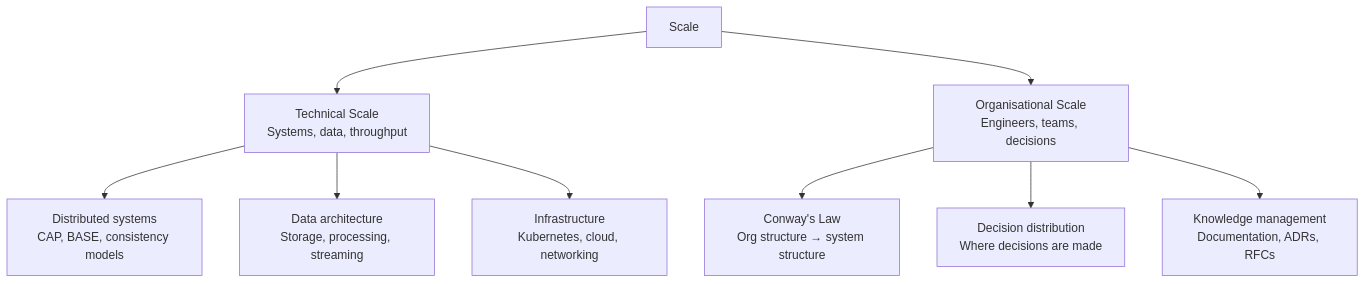
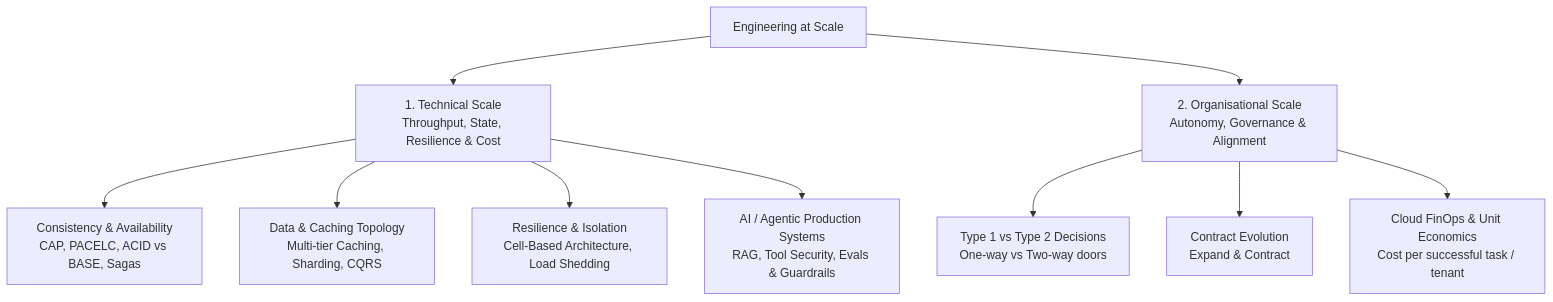
Before and after one commit to nitinkc/PrincipalEngineer_InterviewGuide: the first of 4 diagrams in docs/06-engineering-at-scale.md, drawn with Mermaid. The commit also changed other lines of this file and 27 other files, not shown here.

````diff
--- a/docs/06-engineering-at-scale.md
+++ b/docs/06-engineering-at-scale.md
@@ -12,13 +27,14 @@
 ```mermaid
 graph TD
-    Scale --> TS[Technical Scale\nSystems, data, throughput]
-    Scale --> OS[Organisational Scale\nEngineers, teams, decisions]
+    Scale["Engineering at Scale"] --> TS["1. Technical Scale<br/>Throughput, State, Resilience & Cost"]
+    Scale --> OS["2. Organisational Scale<br/>Autonomy, Governance & Alignment"]
 
-    TS --> TS1[Distributed systems\nCAP, BASE, consistency models]
-    TS --> TS2[Data architecture\nStorage, processing, streaming]
-    TS --> TS3[Infrastructure\nKubernetes, cloud, networking]
+    TS --> TS1["Consistency & Availability<br/>CAP, PACELC, ACID vs BASE, Sagas"]
+    TS --> TS2["Data & Caching Topology<br/>Multi-tier Caching, Sharding, CQRS"]
+    TS --> TS3["Resilience & Isolation<br/>Cell-Based Architecture, Load Shedding"]
+    TS --> TS4["AI / Agentic Production Systems<br/>RAG, Tool Security, Evals & Guardrails"]
 
-    OS --> OS1[Conway's Law\nOrg structure → system structure]
-    OS --> OS2[Decision distribution\nWhere decisions are made]
-    OS --> OS3[Knowledge management\nDocumentation, ADRs, RFCs]
+    OS --> OS1["Type 1 vs Type 2 Decisions<br/>One-way vs Two-way doors"]
+    OS --> OS2["Contract Evolution<br/>Expand & Contract"]
+    OS --> OS3["Cloud FinOps & Unit Economics<br/>Cost per successful task / tenant"]
 ```
````
